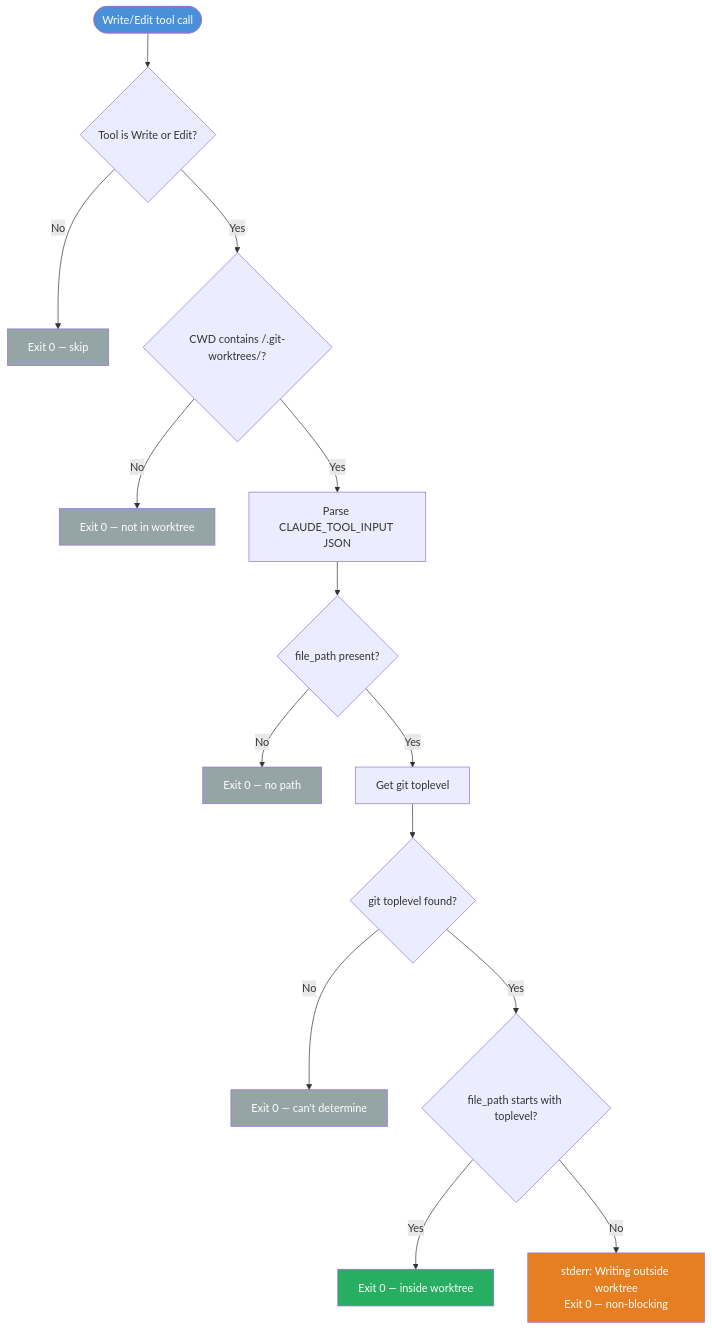
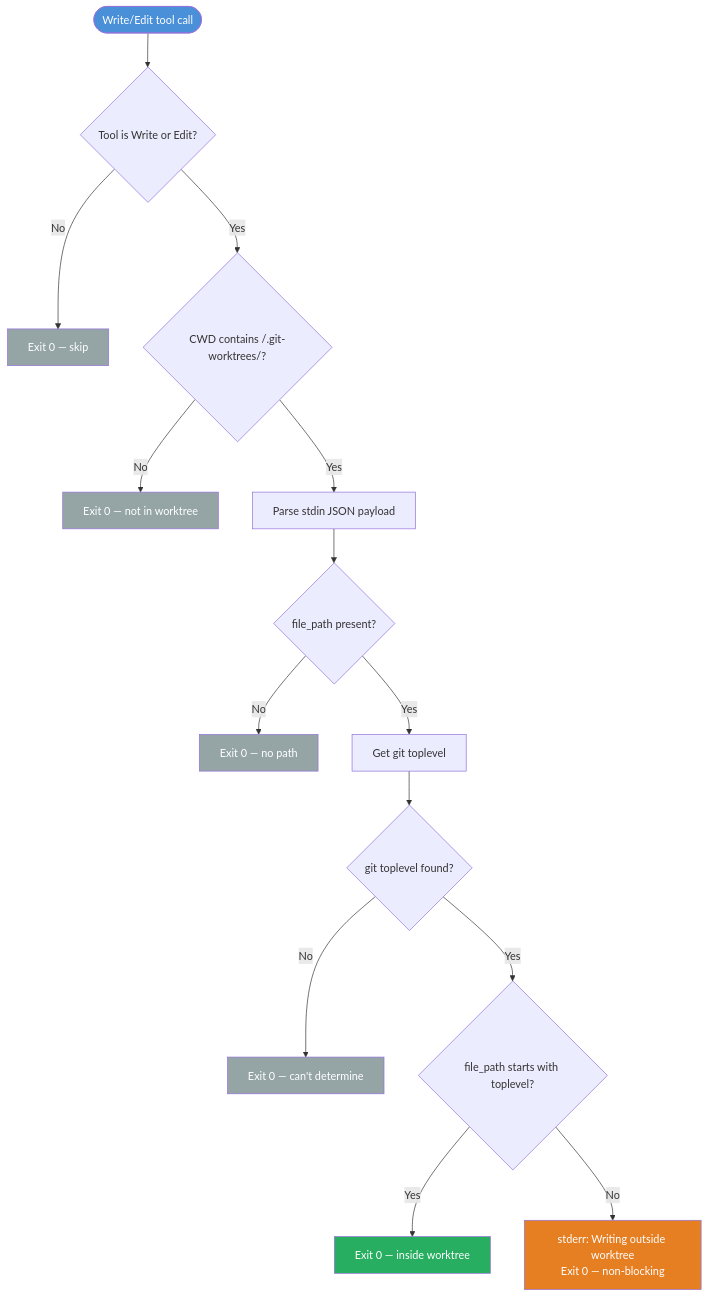
One commit to Data-Wise/craft changed the third of 8 diagrams in docs/guide/insights-improvements-guide.md. Above: the diagram before and after it, drawn with Mermaid. The commit also changed 7 other files, not shown here.

First line of the commit message:
fix(hook): pretooluse.py reads stdin JSON (Claude Code's actual contract) (#125)

````diff
--- a/docs/guide/insights-improvements-guide.md
+++ b/docs/guide/insights-improvements-guide.md
@@ -127,24 +127,24 @@
 ```mermaid
 flowchart TD
     Start([Write/Edit tool call]) --> T1{Tool is Write or Edit?}
     T1 -->|No| Pass1[Exit 0 — skip]
     T1 -->|Yes| T2{CWD contains /.git-worktrees/?}
     T2 -->|No| Pass2[Exit 0 — not in worktree]
-    T2 -->|Yes| T3[Parse CLAUDE_TOOL_INPUT JSON]
+    T2 -->|Yes| T3[Parse stdin JSON payload]
     T3 --> T4{file_path present?}
     T4 -->|No| Pass3[Exit 0 — no path]
     T4 -->|Yes| T5[Get git toplevel]
     T5 --> T6{git toplevel found?}
     T6 -->|No| Pass4[Exit 0 — can't determine]
     T6 -->|Yes| T7{file_path starts with toplevel?}
     T7 -->|Yes| Pass5[Exit 0 — inside worktree]
     T7 -->|No| Warn["stderr: Writing outside worktree\nExit 0 — non-blocking"]
 
     style Start fill:#4A90D9,color:#fff
     style Warn fill:#E67E22,color:#fff
     style Pass1 fill:#95A5A6,color:#fff
     style Pass2 fill:#95A5A6,color:#fff
     style Pass3 fill:#95A5A6,color:#fff
     style Pass4 fill:#95A5A6,color:#fff
     style Pass5 fill:#27AE60,color:#fff
 ```
````
